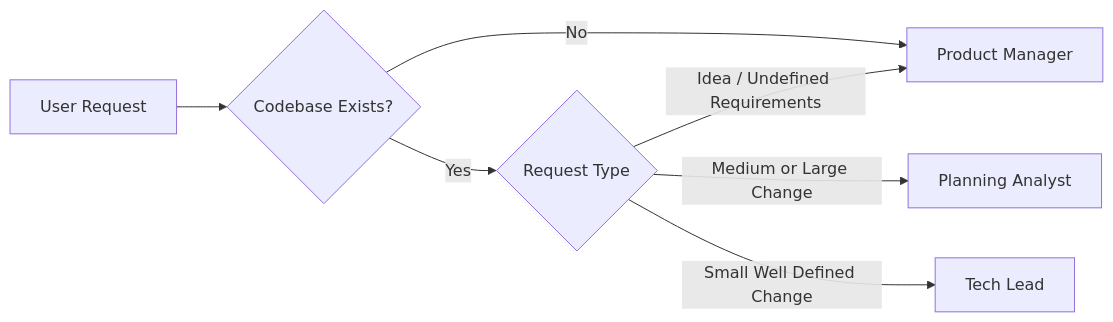
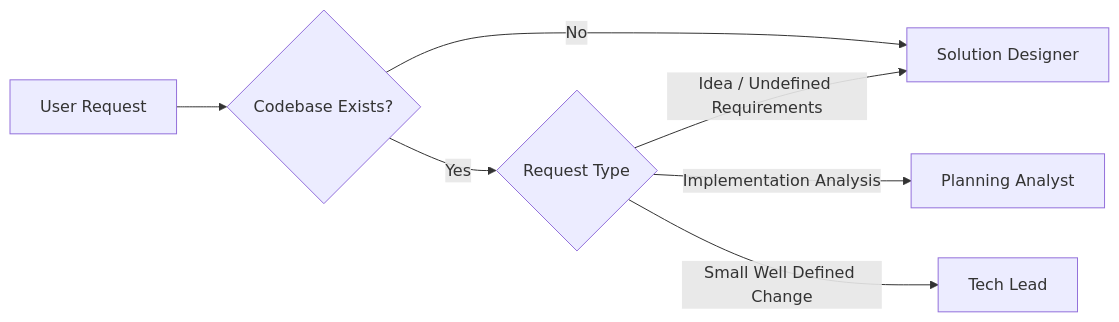
The diagram in .opencode/skills/workflow-router/SKILL.md (Xounder/BrkRoutnXdle-app), drawn with Mermaid before and after one commit. The commit also changed other lines of this file and 34 other files, not shown here.

````diff
--- a/.opencode/skills/workflow-router/SKILL.md
+++ b/.opencode/skills/workflow-router/SKILL.md
@@ -18,15 +18,15 @@
 ```mermaid
 flowchart LR
 
 A[User Request] --> B{Codebase Exists?}
 
-B -->|No| PM[Product Manager]
+B -->|No| SD[Solution Designer]
 
 B -->|Yes| C{Request Type}
 
-C -->|Idea / Undefined Requirements| PM
+C -->|Idea / Undefined Requirements| SD
 
-C -->|Medium or Large Change| PA[Planning Analyst]
+C -->|Implementation Analysis| PA[Planning Analyst]
 
 C -->|Small Well Defined Change| TL[Tech Lead]
 ```
````
